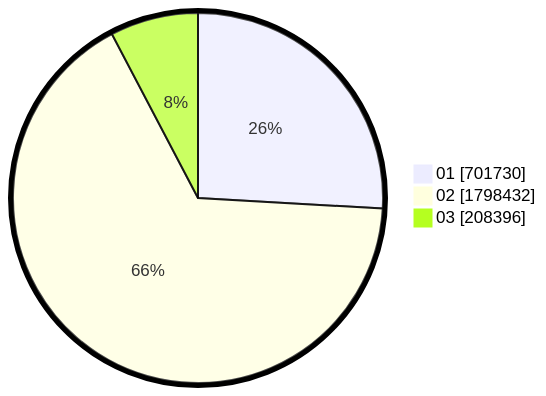
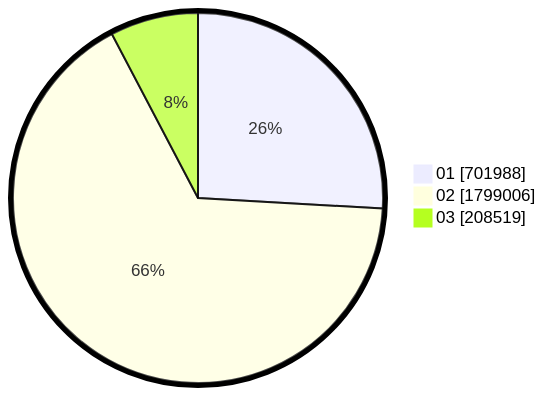
One commit to gigit-pemilu/pemilu-2024 changed the second of 2 diagrams in pilpres/hitung-suara/sub/table-wilayah-52.md. Above: the diagram before and after it, drawn with Mermaid. The commit also changed other lines of this file and 8 other files, not shown here.

````diff
--- a/pilpres/hitung-suara/sub/table-wilayah-52.md
+++ b/pilpres/hitung-suara/sub/table-wilayah-52.md
@@ -15,7 +15,7 @@
 ```mermaid
 %%{init: {"pie": {"textPosition": 0.5}, "themeVariables": {"pieOuterStrokeWidth": "5px"}} }%%
 pie showData
-    "01" : 701730
-    "02" : 1798432
-    "03" : 208396
+    "01" : 701988
+    "02" : 1799006
+    "03" : 208519
 ```
````
